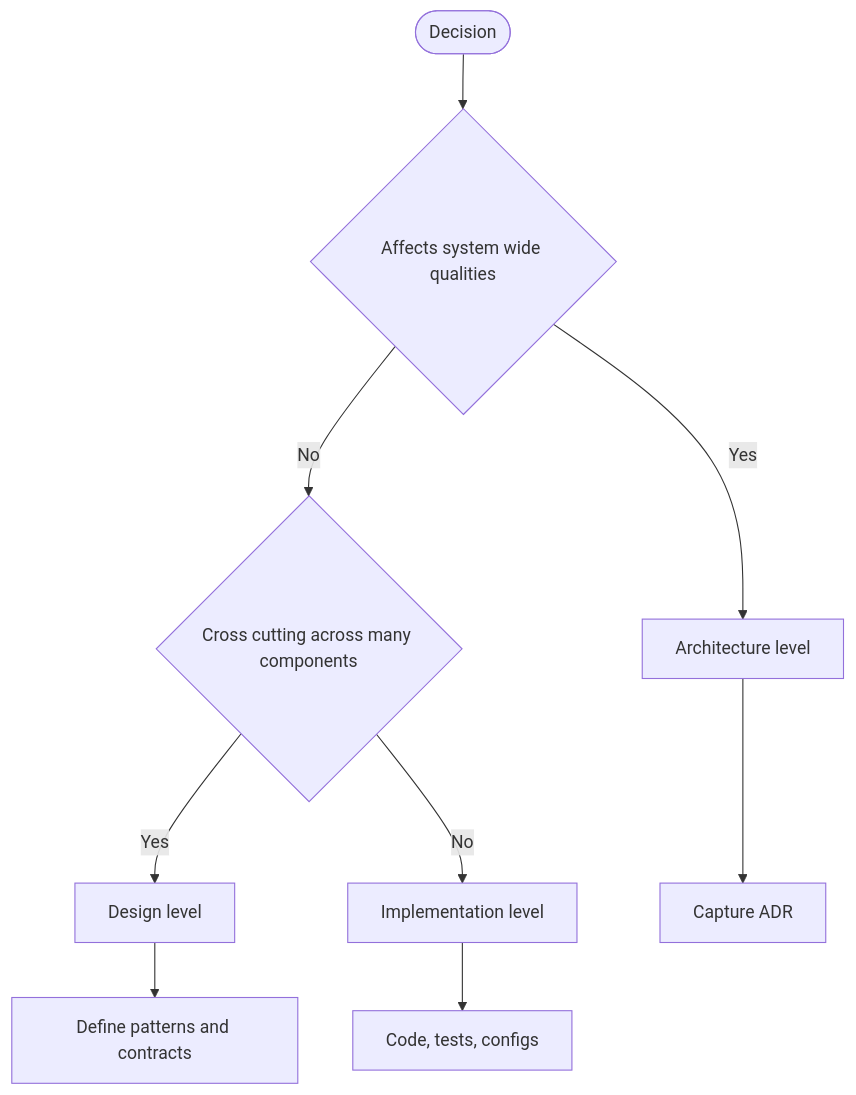
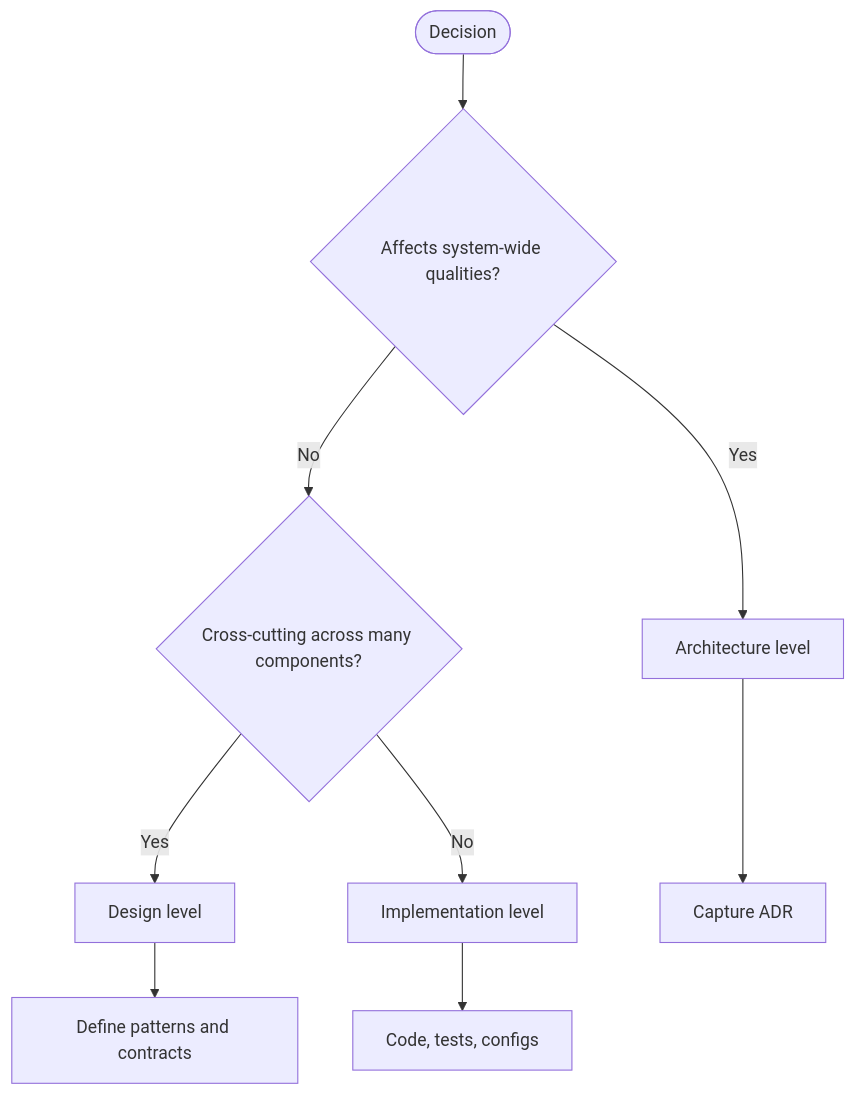
One commit to archman-dev/website changed the diagram in docs/foundational-concepts/what-is-software-architecture/architecture-vs-design-vs-implementation.mdx. Above: the diagram before and after it, drawn with Mermaid. The commit also changed other lines of this file and 39 other files, not shown here.

````diff
--- a/docs/foundational-concepts/what-is-software-architecture/architecture-vs-design-vs-implementation.mdx
+++ b/docs/foundational-concepts/what-is-software-architecture/architecture-vs-design-vs-implementation.mdx
@@ -95,11 +101,11 @@
 ```mermaid
 flowchart TB
- A([Decision]) --> B{Affects system wide qualities}
- B -- Yes --> C[Architecture level]
- B -- No --> D{Cross cutting across many components}
- D -- Yes --> E[Design level]
- D -- No --> F[Implementation level]
-  C --> C1[Capture ADR]
-  E --> E1[Define patterns and contracts]
- F --> F1[Code, tests, configs]
+    A([Decision]) --> B{"Affects system-wide qualities?"};
+    B -- Yes --> C["Architecture level"];
+    B -- No --> D{"Cross-cutting across many components?"};
+    D -- Yes --> E["Design level"];
+    D -- No --> F["Implementation level"];
+    C --> C1["Capture ADR"];
+    E --> E1["Define patterns and contracts"];
+    F --> F1["Code, tests, configs"];
 ```
````
